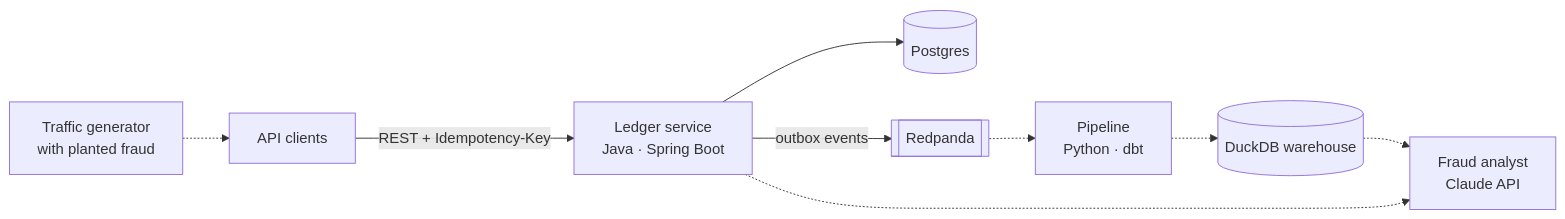
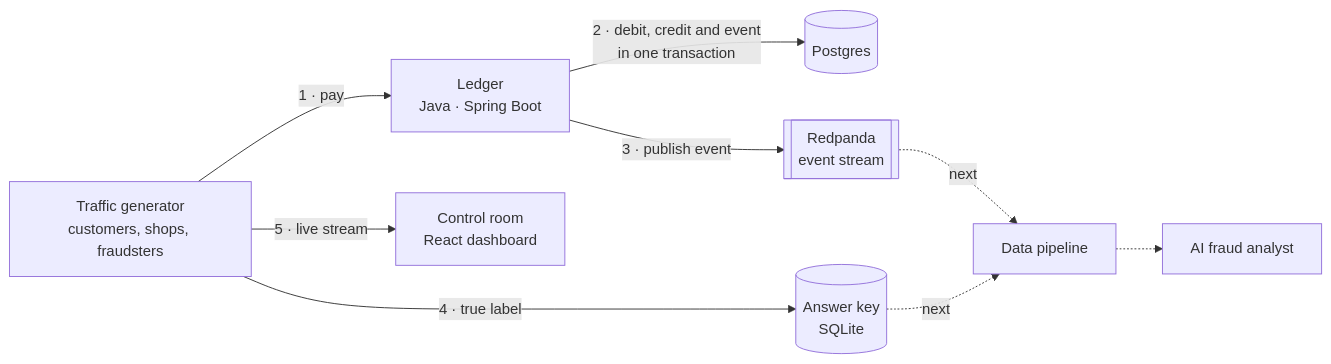
One commit to KevST14/clearhouse changed the diagram in README.md. Above: the diagram before and after it, drawn with Mermaid. The commit also changed other lines of this file and 2 other files, not shown here.

````diff
--- a/README.md
+++ b/README.md
@@ -12,11 +74,11 @@
 ```mermaid
 flowchart LR
-    client[API clients] -->|REST + Idempotency-Key| ledger[Ledger service<br/>Java · Spring Boot]
-    ledger --> pg[(Postgres)]
-    ledger -->|outbox events| rp[[Redpanda]]
-    gen[Traffic generator<br/>with planted fraud] -.-> client
-    rp -.-> pipe[Pipeline<br/>Python · dbt]
-    pipe -.-> wh[(DuckDB warehouse)]
-    wh -.-> agent[Fraud analyst<br/>Claude API]
-    ledger -.-> agent
+    gen["Traffic generator<br/>customers, shops, fraudsters"] -->|"1 · pay"| ledger["Ledger<br/>Java · Spring Boot"]
+    ledger -->|"2 · debit, credit and event<br/>in one transaction"| pg[("Postgres")]
+    ledger -->|"3 · publish event"| rp[["Redpanda<br/>event stream"]]
+    gen -->|"4 · true label"| key[("Answer key<br/>SQLite")]
+    gen -->|"5 · live stream"| dash["Control room<br/>React dashboard"]
+    rp -.->|next| pipe["Data pipeline"]
+    key -.->|next| pipe
+    pipe -.-> agent["AI fraud analyst"]
 ```
````
